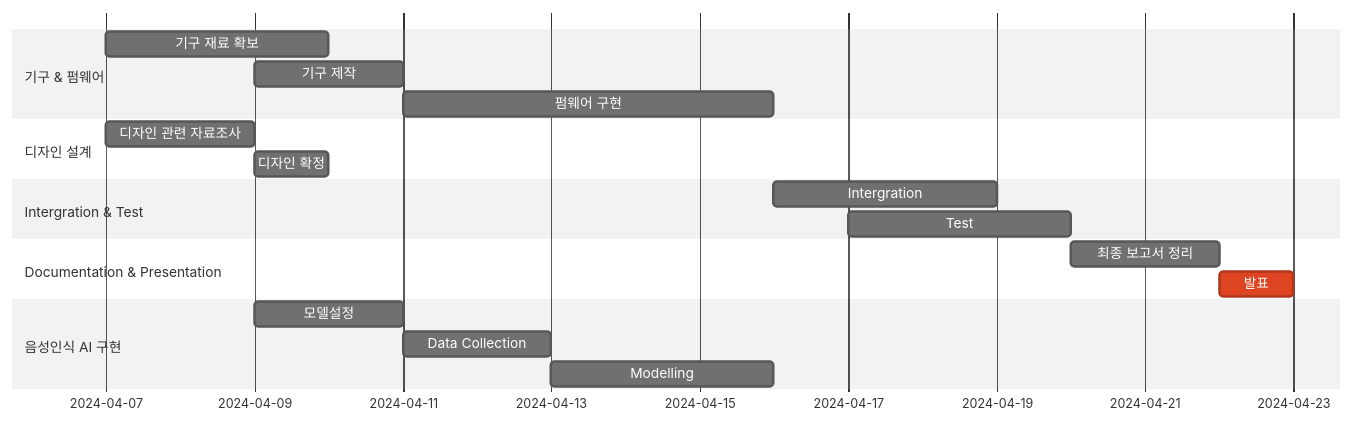
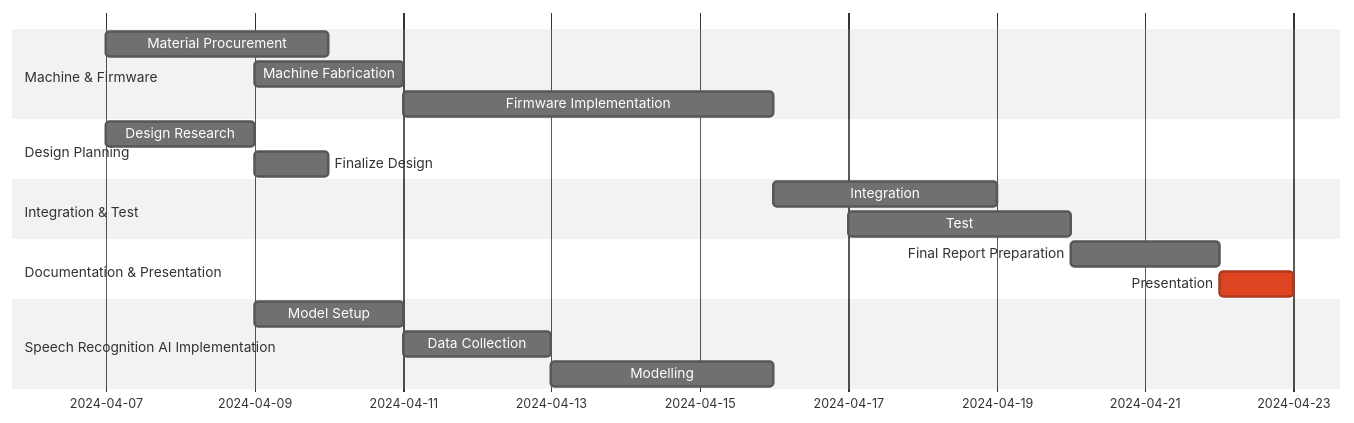
The diagram in README.md (CodeMystero/soundRecognitionRecycleBin), drawn with Mermaid (neutral theme) before and after one commit. The commit also changed other lines of this file, not shown here.

````diff
--- a/README.md
+++ b/README.md
@@ -34,31 +34,31 @@
 ```mermaid
 gantt
     dateFormat  MM-DD-YYYY
     
 	
-	section 기구 & 펌웨어
-                기구 재료 확보 :2024-04-07, 3d
-                기구 제작  : 2024-04-09, 2d
-                펌웨어 구현 : 2024-04-11, 5d
-    
+section Machine & Firmware
+                Material Procurement: 2024-04-07, 3d
+                Machine Fabrication: 2024-04-09, 2d
+                Firmware Implementation: 2024-04-11, 5d
 
-	section 디자인 설계
-                디자인 관련 자료조사 :2024-04-07, 2d
-                디자인 확정 :2024-04-09, 1d
+section Design Planning
+                Design Research: 2024-04-07, 2d
+                Finalize Design: 2024-04-09, 1d
 
-section Intergration & Test
-		Intergration: 2024-04-16, 3d
-		Test: 2024-04-17,3d
+section Integration & Test
+                Integration: 2024-04-16, 3d
+                Test: 2024-04-17, 3d
 
 section Documentation & Presentation
-                최종 보고서 정리 : 2024-04-20, 2d
-                발표 : crit, 2024-04-22,1d
+                Final Report Preparation: 2024-04-20, 2d
+                Presentation: crit, 2024-04-22, 1d
 
-  section 음성인식 AI 구현
-                모델설정 : 2024-04-09, 2d
-                Data Collection : 2024-04-11, 2d
-                Modelling : 2024-04-13, 3d
+section Speech Recognition AI Implementation
+                Model Setup: 2024-04-09, 2d
+                Data Collection: 2024-04-11, 2d
+                Modelling: 2024-04-13, 3d
+
 	         
 
 
 ```
````
